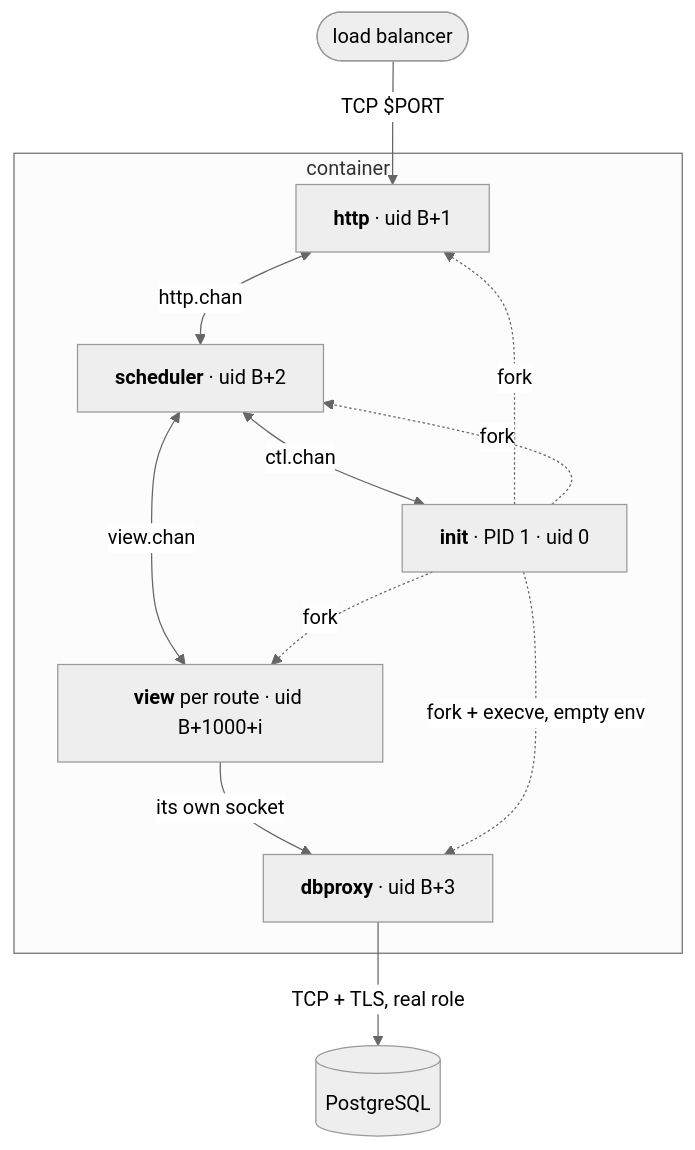
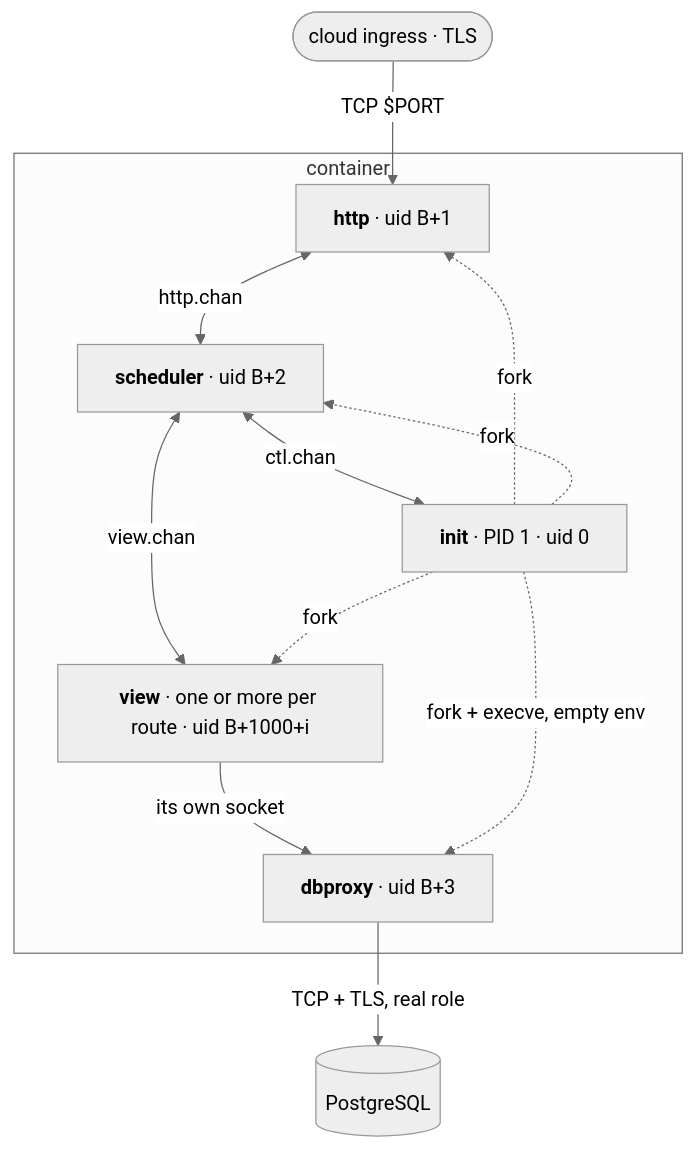
Before and after one commit to OffworldNexus/blastit: the first of 2 diagrams in docs/how-it-works.md, drawn with Mermaid (neutral theme). The commit also changed other lines of this file and 2144 other files, not shown here.

````diff
--- a/docs/how-it-works.md
+++ b/docs/how-it-works.md
@@ -16,25 +17,25 @@
 ```mermaid
 flowchart TB
-    lb(["load balancer"])
+    lb(["cloud ingress · TLS"])
     pg[("PostgreSQL")]
 
     subgraph container["container"]
         init["<b>init</b> · PID 1 · uid 0"]
         http["<b>http</b> · uid B+1"]
         sched["<b>scheduler</b> · uid B+2"]
-        v0["<b>view</b> per route · uid B+1000+i"]
+        v0["<b>view</b> · one or more per route · uid B+1000+i"]
         dbproxy["<b>dbproxy</b> · uid B+3"]
     end
 
     lb -- "TCP $PORT" --> http
     http <-- "http.chan" --> sched
     sched <-- "ctl.chan" --> init
     sched <-- "view.chan" --> v0
     v0 -- "its own socket" --> dbproxy
     dbproxy -- "TCP + TLS, real role" --> pg
 
     init -. "fork" .-> http
     init -. "fork" .-> sched
     init -. "fork" .-> v0
     init -. "fork + execve, empty env" .-> dbproxy
 ```
````
